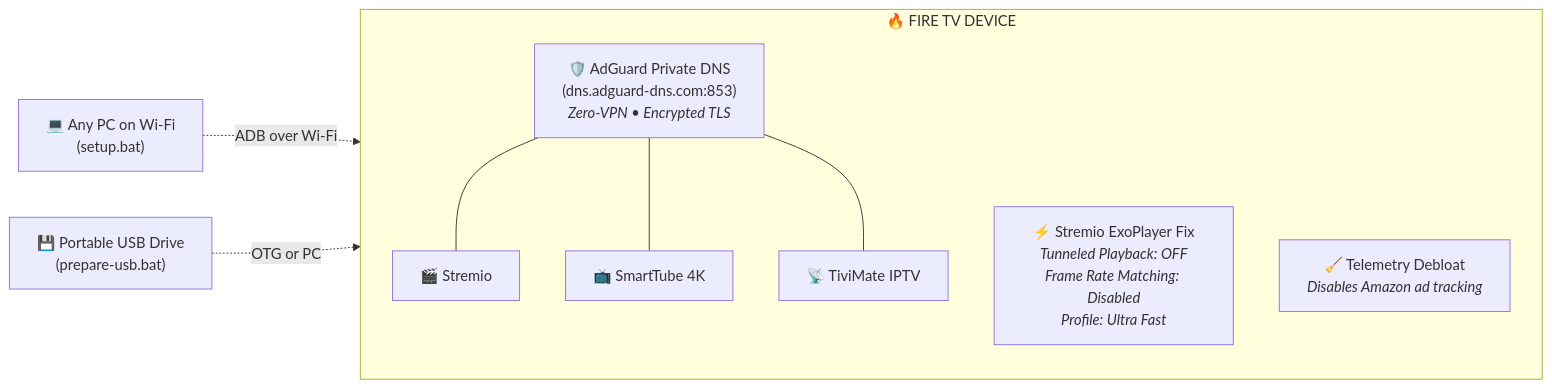
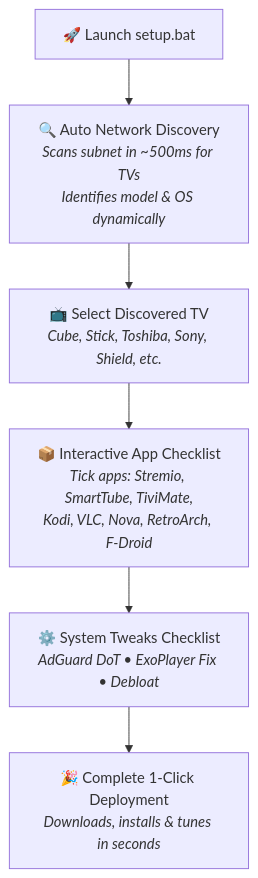
One commit to LIN4CRE/firetv-kit changed the diagram in README.md. Above: the diagram before and after it, drawn with Mermaid. The commit also changed other lines of this file and 2 other files, not shown here.

Commit message:
Add dynamic network discovery and interactive app selection checklist with curated extra apps

````diff
--- a/README.md
+++ b/README.md
@@ -21,16 +21,8 @@
 ```mermaid
-flowchart LR
-    subgraph Core ["🔥 FIRE TV DEVICE"]
-        direction TB
-        DNS["🛡️ AdGuard Private DNS<br/>(dns.adguard-dns.com:853)<br/><i>Zero-VPN • Encrypted TLS</i>"]
-        OPT["⚡ Stremio ExoPlayer Fix<br/><i>Tunneled Playback: OFF<br/>Frame Rate Matching: Disabled<br/>Profile: Ultra Fast</i>"]
-        DEB["🧹 Telemetry Debloat<br/><i>Disables Amazon ad tracking</i>"]
-        
-        DNS --- S1["🎬 Stremio"]
-        DNS --- S2["📺 SmartTube 4K"]
-        DNS --- S3["📡 TiviMate IPTV"]
-    end
-
-    PC["💻 Any PC on Wi-Fi<br/>(setup.bat)"] -.->|ADB over Wi-Fi| Core
-    USB["💾 Portable USB Drive<br/>(prepare-usb.bat)"] -.->|OTG or PC| Core
+flowchart TD
+    A["🚀 Launch setup.bat"] --> B["🔍 Auto Network Discovery<br/><i>Scans subnet in ~500ms for TVs<br/>Identifies model & OS dynamically</i>"]
+    B --> C["📺 Select Discovered TV<br/><i>Cube, Stick, Toshiba, Sony, Shield, etc.</i>"]
+    C --> D["📦 Interactive App Checklist<br/><i>Tick apps: Stremio, SmartTube, TiviMate,<br/>Kodi, VLC, Nova, RetroArch, F-Droid</i>"]
+    D --> E["⚙️ System Tweaks Checklist<br/><i>AdGuard DoT • ExoPlayer Fix • Debloat</i>"]
+    E --> F["🎉 Complete 1-Click Deployment<br/><i>Downloads, installs & tunes in seconds</i>"]
 ```
````
